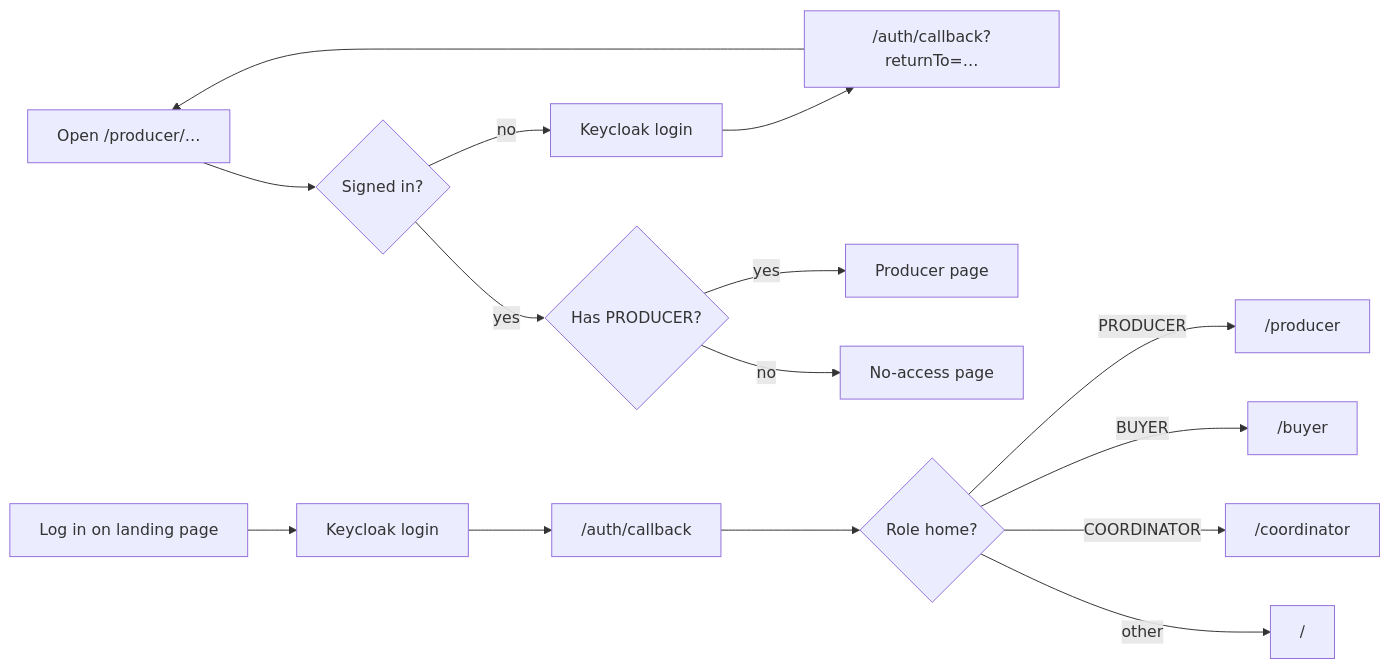
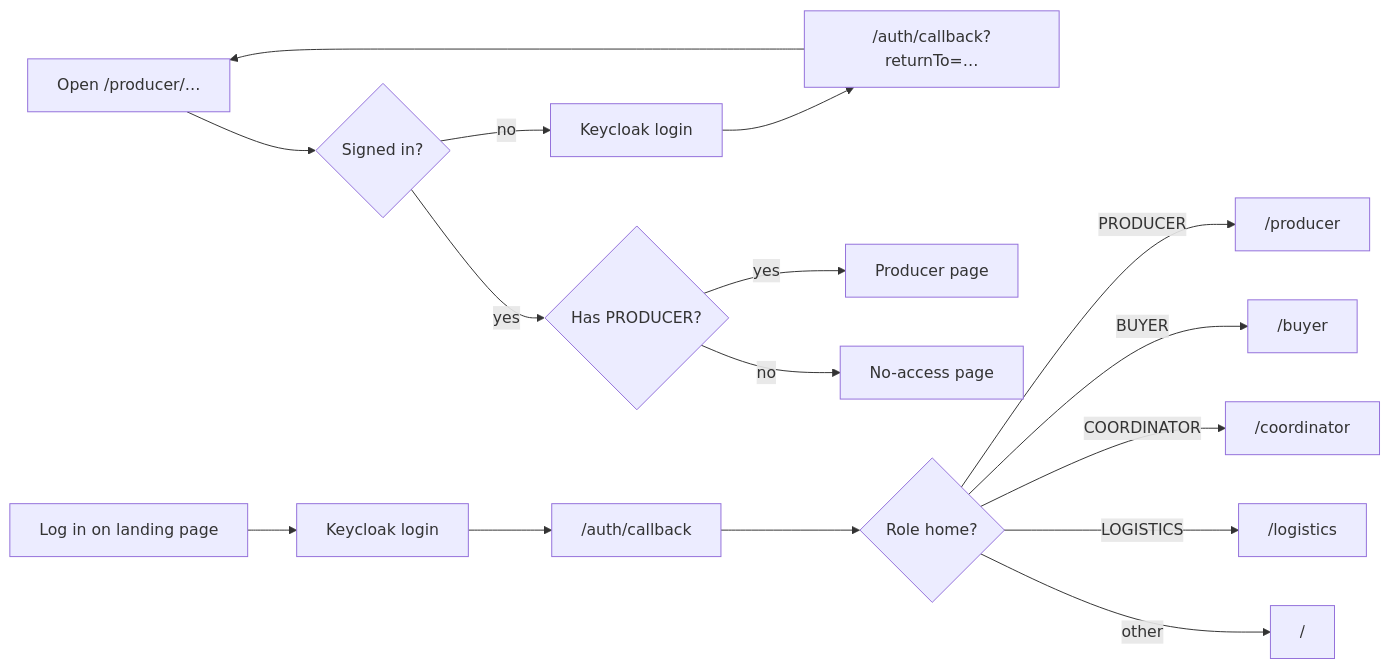
One commit to DACN-Manifest-NongNh-p/agri-supply-demand-platform changed the fourth of 4 diagrams in docs/auth/README.md. Above: the diagram before and after it, drawn with Mermaid. The commit also changed other lines of this file and 22 other files, not shown here.

````diff
--- a/docs/auth/README.md
+++ b/docs/auth/README.md
@@ -243,13 +244,14 @@
 ```mermaid
 flowchart LR
     Visit["Open /producer/…"] --> Auth{"Signed in?"}
     Auth -- "no" --> KC["Keycloak login"] --> CB["/auth/callback?returnTo=…"] --> Visit
     Auth -- "yes" --> Role{"Has PRODUCER?"}
     Role -- "yes" --> Page["Producer page"]
     Role -- "no" --> Denied["No-access page"]
     Landing["Log in on landing page"] --> KC2["Keycloak login"] --> CB2["/auth/callback"] --> Home{"Role home?"}
     Home -- "PRODUCER" --> PH["/producer"]
     Home -- "BUYER" --> BH["/buyer"]
     Home -- "COORDINATOR" --> CH["/coordinator"]
+    Home -- "LOGISTICS" --> LH["/logistics"]
     Home -- "other" --> L["/"]
 ```
````
